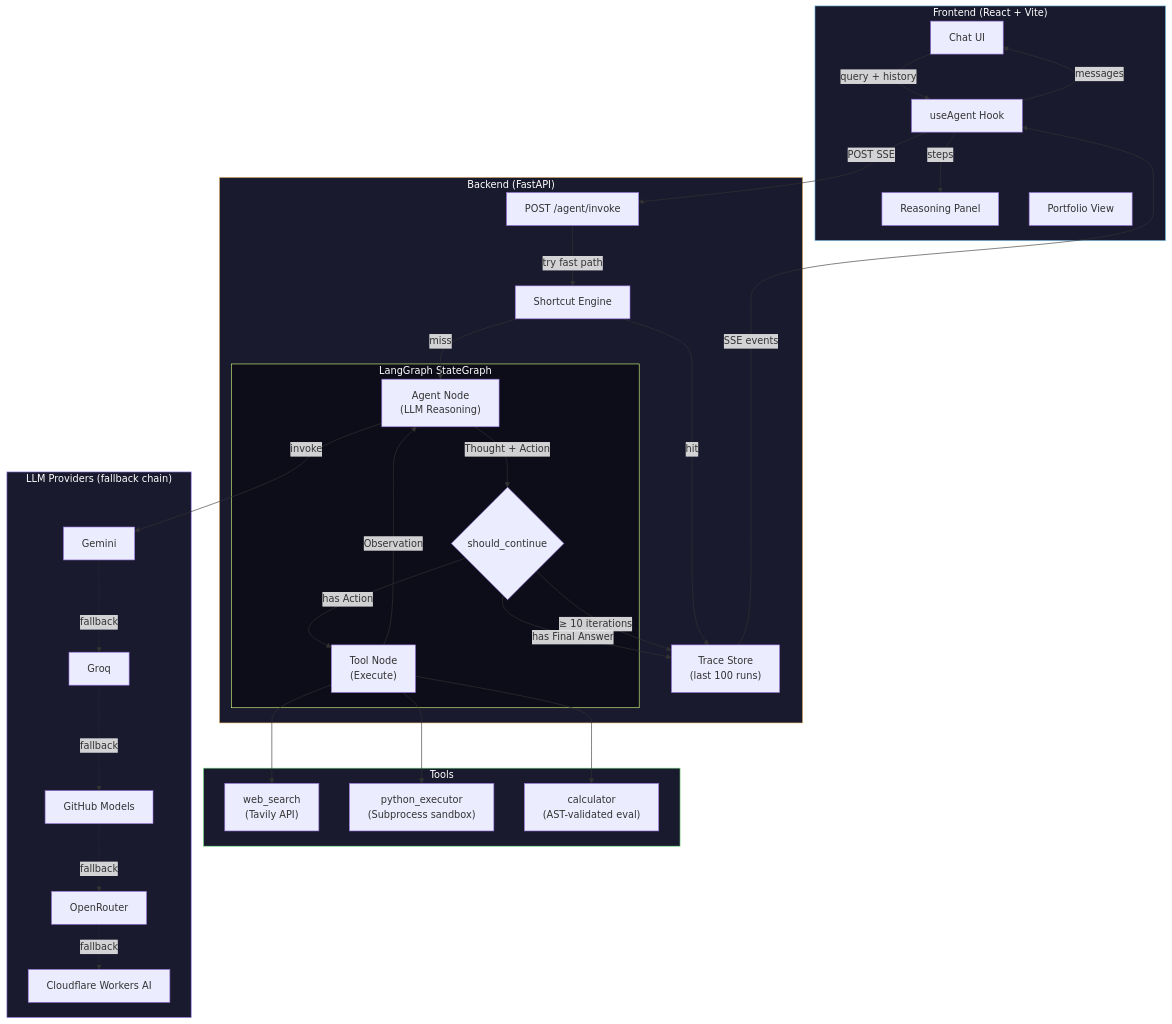
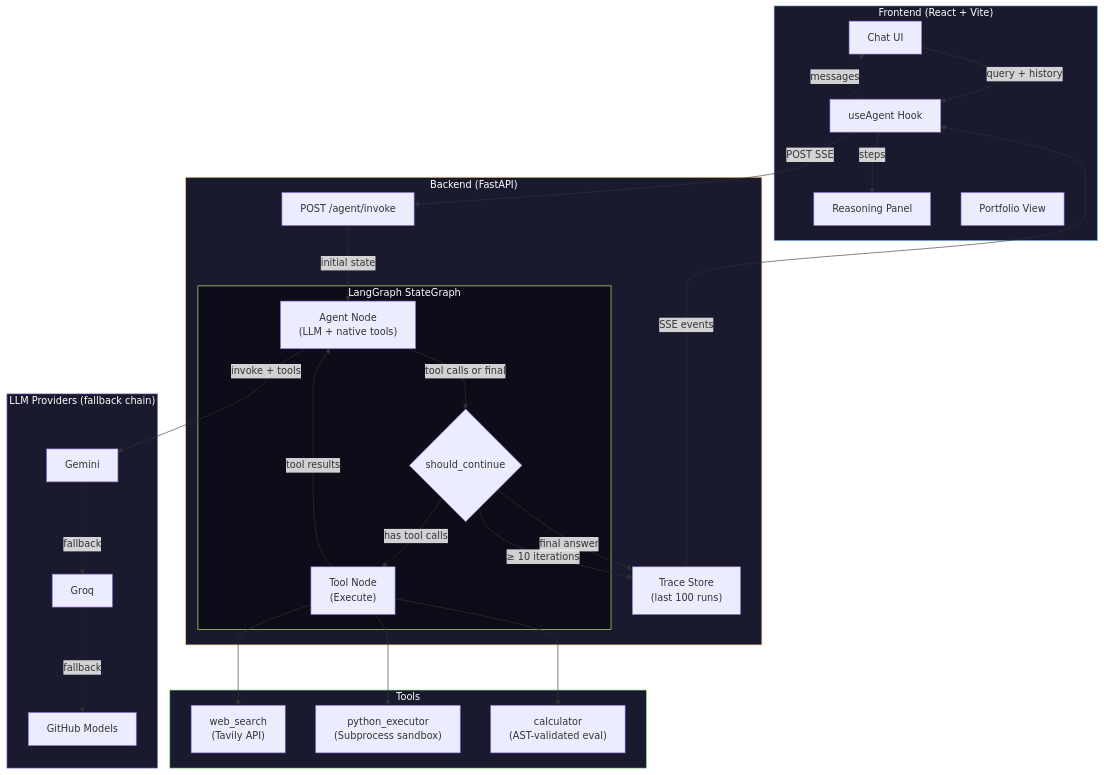
The diagram in README.md (Shizu0n/ReAct-Agent), drawn with Mermaid before and after one commit. The commit also changed other lines of this file and 17 other files, not shown here.

Commit message:
feat: add agent evaluation harness and migrate from regex ReAct parsing to native tool calling

````diff
--- a/README.md
+++ b/README.md
@@ -67,62 +65,55 @@
 ```mermaid
 flowchart TB
     subgraph Frontend["Frontend (React + Vite)"]
         UI["Chat UI"]
         Hook["useAgent Hook"]
         Trace["Reasoning Panel"]
         Portfolio["Portfolio View"]
     end
 
     subgraph Backend["Backend (FastAPI)"]
         API["POST /agent/invoke"]
-        SC["Shortcut Engine"]
         subgraph LangGraph["LangGraph StateGraph"]
-            AN["Agent Node<br/>(LLM Reasoning)"]
+            AN["Agent Node<br/>(LLM + native tools)"]
             TN["Tool Node<br/>(Execute)"]
             Router{"should_continue"}
         end
         Store["Trace Store<br/>(last 100 runs)"]
     end
 
     subgraph Tools["Tools"]
         WS["web_search<br/>(Tavily API)"]
         PE["python_executor<br/>(Subprocess sandbox)"]
         CA["calculator<br/>(AST-validated eval)"]
     end
 
     subgraph Providers["LLM Providers (fallback chain)"]
         G["Gemini"]
         GR["Groq"]
         GH["GitHub Models"]
-        OR["OpenRouter"]
-        CF["Cloudflare Workers AI"]
     end
 
     UI -->|"query + history"| Hook
     Hook -->|"POST SSE"| API
-    API -->|"try fast path"| SC
-    SC -->|"hit"| Store
-    SC -->|"miss"| AN
-    AN -->|"Thought + Action"| Router
-    Router -->|"has Action"| TN
-    Router -->|"has Final Answer"| Store
+    API -->|"initial state"| AN
+    AN -->|"tool calls or final"| Router
+    Router -->|"has tool calls"| TN
+    Router -->|"final answer"| Store
     Router -->|"≥ 10 iterations"| Store
-    TN -->|"Observation"| AN
+    TN -->|"tool results"| AN
     TN --> WS
     TN --> PE
     TN --> CA
-    AN -->|"invoke"| G
+    AN -->|"invoke + tools"| G
     G -.->|"fallback"| GR
     GR -.->|"fallback"| GH
-    GH -.->|"fallback"| OR
-    OR -.->|"fallback"| CF
     Store -->|"SSE events"| Hook
     Hook -->|"steps"| Trace
     Hook -->|"messages"| UI
 
     style Frontend fill:#1a1a2e,stroke:#8BD3FF,color:#fff
     style Backend fill:#1a1a2e,stroke:#F6C177,color:#fff
     style LangGraph fill:#0d0d1a,stroke:#D6FF7F,color:#fff
     style Tools fill:#1a1a2e,stroke:#7EE787,color:#fff
     style Providers fill:#1a1a2e,stroke:#A78BFA,color:#fff
 ```
````
